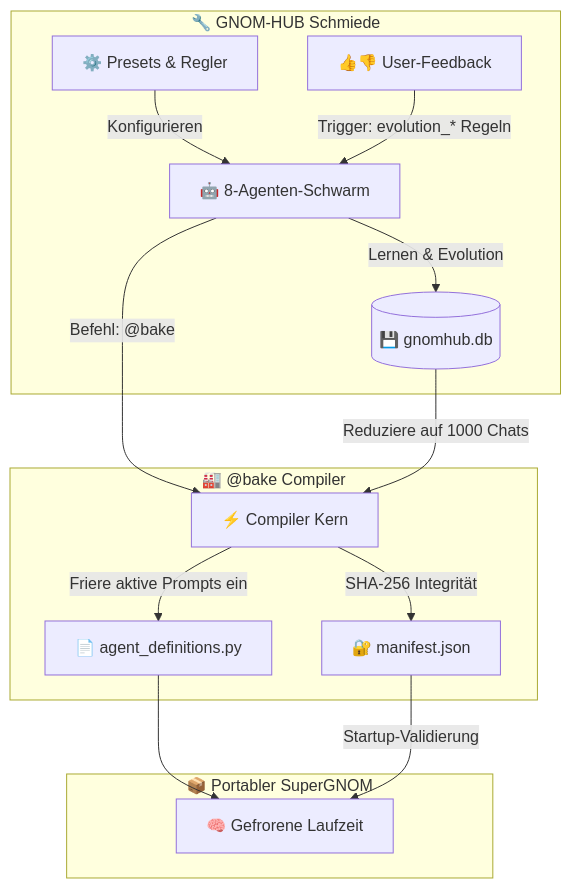
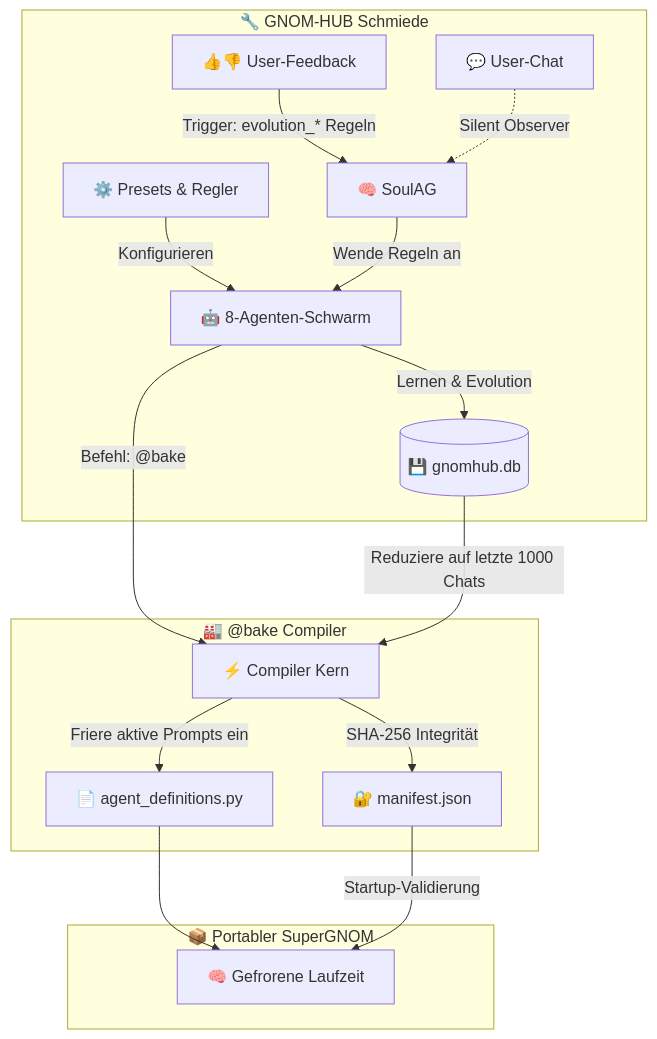
Before and after one commit to landjunge/gnom-hub: the first of 2 diagrams in README.de.md, drawn with Mermaid. The commit also changed other lines of this file and 7 other files, not shown here.

First line of the commit message:
docs(readme): diagram fact-check + fresh screenshots (current state)

````diff
--- a/README.de.md
+++ b/README.de.md
@@ -194,20 +194,22 @@
 ```mermaid
 graph TD
     subgraph Forge ["🔧 GNOM-HUB Schmiede"]
         P["⚙️ Presets & Regler"] -->|Konfigurieren| GH["🤖 8-Agenten-Schwarm"]
         GH -->|"Lernen & Evolution"| DB[("💾 gnomhub.db")]
-        FB["👍👎 User-Feedback"] -->|"Trigger: evolution_* Regeln"| GH
+        FB["👍👎 User-Feedback"] -->|"Trigger: evolution_* Regeln"| So["🧠 SoulAG"]
+        So -->|"Wende Regeln an"| GH
+        Chat["💬 User-Chat"] -.->|"Silent Observer"| So
     end
     
     subgraph Compiler ["🏭 @bake Compiler"]
         GH -->|"Befehl: @bake"| C["⚡ Compiler Kern"]
-        DB -->|"Reduziere auf 1000 Chats"| C
+        DB -->|"Reduziere auf letzte 1000 Chats"| C
         C -->|"Friere aktive Prompts ein"| AD["📄 agent_definitions.py"]
         C -->|"SHA-256 Integrität"| M["🔐 manifest.json"]
     end
 
     subgraph Product ["📦 Portabler SuperGNOM"]
         AD --> SG["🧠 Gefrorene Laufzeit"]
         M -->|"Startup-Validierung"| SG
     end
 ```
````
